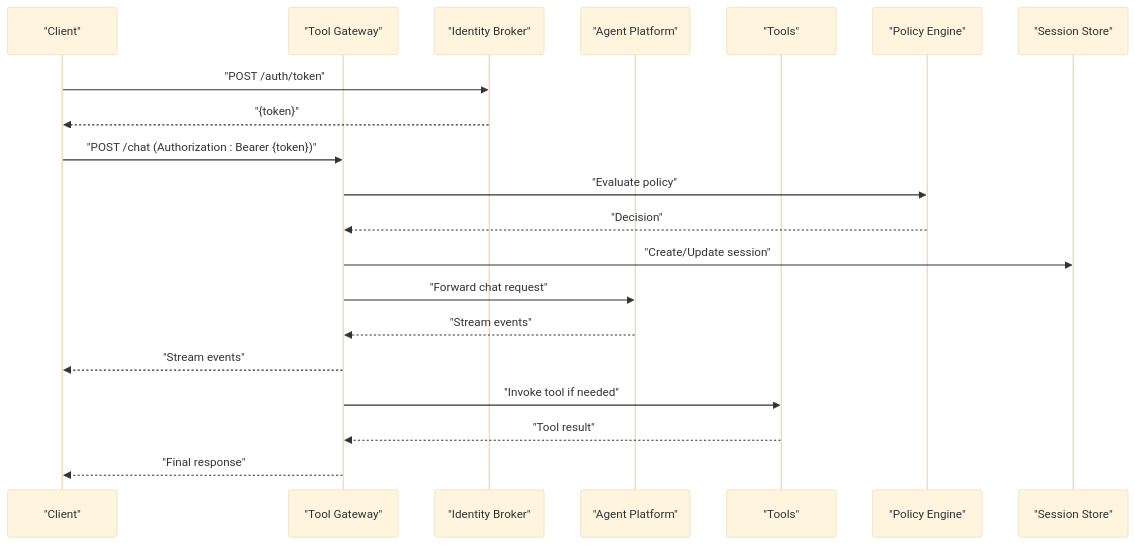
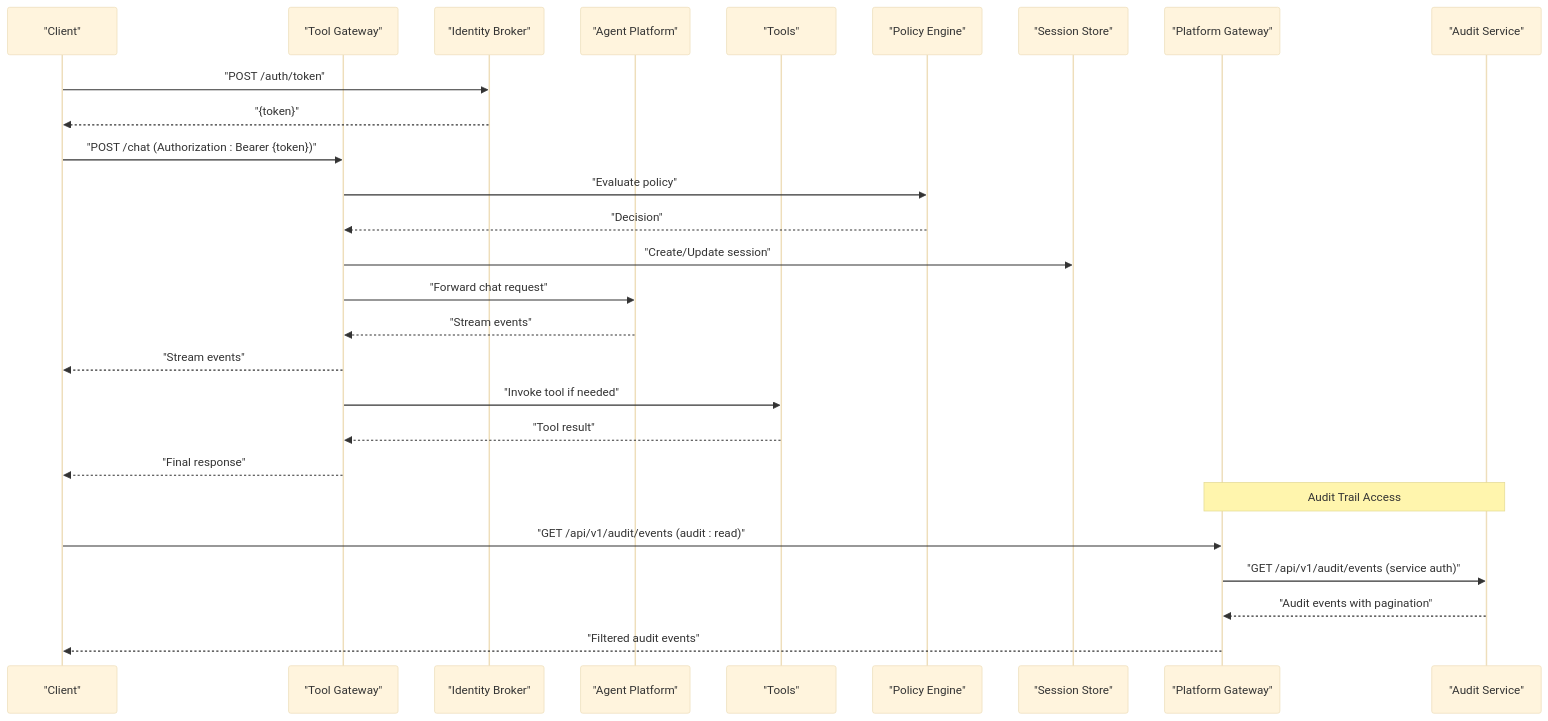
The second of 3 diagrams in .qoder/repowiki/en/content/API Reference/API Reference.md (metasync/luban-aiops), drawn with Mermaid (base theme) before and after one commit. The commit also changed other lines of this file and 48 other files, not shown here.

First line of the commit message:
docs: refresh repowiki knowledge cache for audit-service product

````diff
--- a/.qoder/repowiki/en/content/API Reference/API Reference.md
+++ b/.qoder/repowiki/en/content/API Reference/API Reference.md
@@ -121,22 +149,29 @@
 ```mermaid
 sequenceDiagram
 participant C as "Client"
 participant G as "Tool Gateway"
 participant I as "Identity Broker"
 participant A as "Agent Platform"
 participant T as "Tools"
 participant P as "Policy Engine"
 participant S as "Session Store"
+participant PG as "Platform Gateway"
+participant AS as "Audit Service"
 C->>I : "POST /auth/token"
 I-->>C : "{token}"
 C->>G : "POST /chat (Authorization : Bearer {token})"
 G->>P : "Evaluate policy"
 P-->>G : "Decision"
 G->>S : "Create/Update session"
 G->>A : "Forward chat request"
 A-->>G : "Stream events"
 G-->>C : "Stream events"
 G->>T : "Invoke tool if needed"
 T-->>G : "Tool result"
 G-->>C : "Final response"
+Note over PG,AS : Audit Trail Access
+C->>PG : "GET /api/v1/audit/events (audit : read)"
+PG->>AS : "GET /api/v1/audit/events (service auth)"
+AS-->>PG : "Audit events with pagination"
+PG-->>C : "Filtered audit events"
 ```
````
